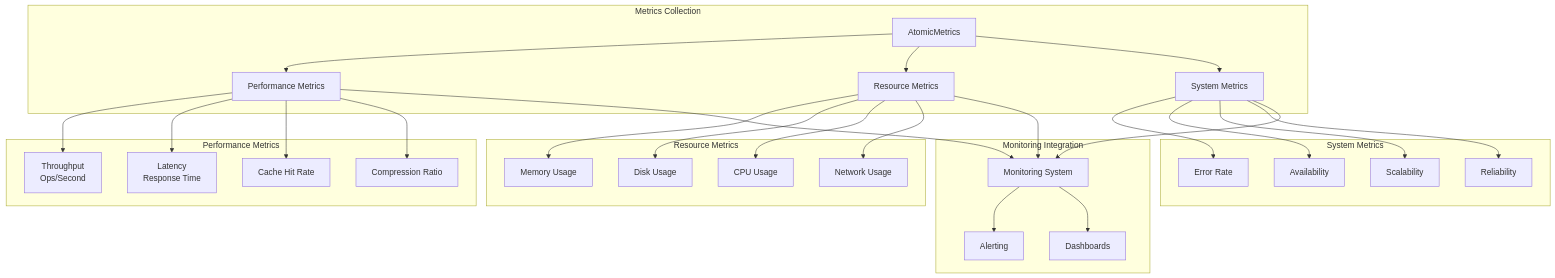
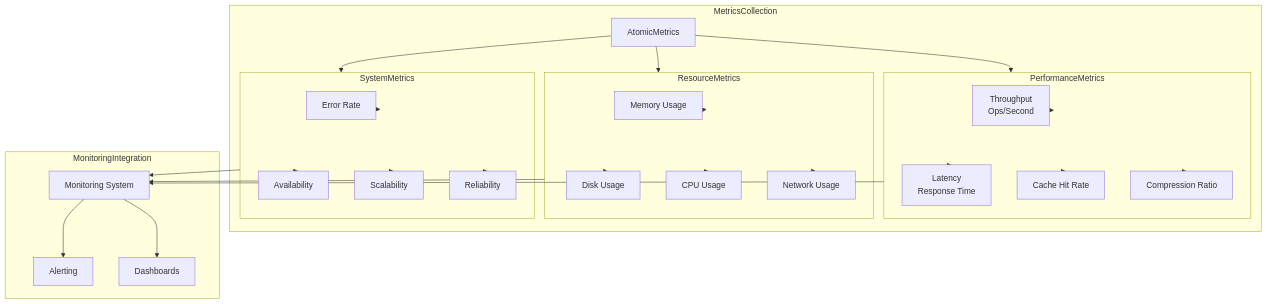
Diagram 11 of 12 in diagrams.md (vobbilis/mytsdb), drawn with Mermaid before and after one commit. The commit also changed other lines of this file, not shown here.

Commit message:
Fix Mermaid syntax errors in diagrams.md - remove parentheses and spaces from subgraph names

````diff
--- a/diagrams.md
+++ b/diagrams.md
@@ -463,37 +463,37 @@
 ```mermaid
 graph TB
-    subgraph Metrics Collection
+    subgraph MetricsCollection
         AtomicMetrics --> PerformanceMetrics[Performance Metrics]
         AtomicMetrics --> ResourceMetrics[Resource Metrics]
         AtomicMetrics --> SystemMetrics[System Metrics]
     end
     
-    subgraph Performance Metrics
+    subgraph PerformanceMetrics
         PerformanceMetrics --> Throughput[Throughput<br/>Ops/Second]
         PerformanceMetrics --> Latency[Latency<br/>Response Time]
         PerformanceMetrics --> HitRate[Cache Hit Rate]
         PerformanceMetrics --> CompressionRatio[Compression Ratio]
     end
     
-    subgraph Resource Metrics
+    subgraph ResourceMetrics
         ResourceMetrics --> MemoryUsage[Memory Usage]
         ResourceMetrics --> DiskUsage[Disk Usage]
         ResourceMetrics --> CPUUsage[CPU Usage]
         ResourceMetrics --> NetworkUsage[Network Usage]
     end
     
-    subgraph System Metrics
+    subgraph SystemMetrics
         SystemMetrics --> ErrorRate[Error Rate]
         SystemMetrics --> Availability[Availability]
         SystemMetrics --> Scalability[Scalability]
         SystemMetrics --> Reliability[Reliability]
     end
     
-    subgraph Monitoring Integration
+    subgraph MonitoringIntegration
         PerformanceMetrics --> MonitoringSystem[Monitoring System]
         ResourceMetrics --> MonitoringSystem
         SystemMetrics --> MonitoringSystem
         MonitoringSystem --> Alerting[Alerting]
         MonitoringSystem --> Dashboards[Dashboards]
     end
 ```
````
